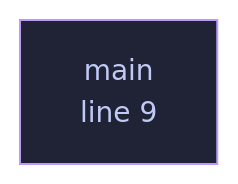
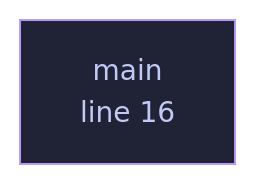
Before and after one commit to tilas01/veilvoice: the diagram in docs/files/veilvoice-update/examples-ask.md, drawn with Mermaid. The commit also changed other lines of this file and 487 other files, not shown here.

````diff
--- a/docs/files/veilvoice-update/examples-ask.md
+++ b/docs/files/veilvoice-update/examples-ask.md
@@ -51,8 +59,8 @@
 ```mermaid
 %%{init: {"theme":"base","themeVariables":{"background":"#1a1b26","primaryColor":"#1f2335","primaryTextColor":"#c0caf5","primaryBorderColor":"#7aa2f7","secondaryColor":"#16161e","tertiaryColor":"#16161e","lineColor":"#737aa2","textColor":"#c0caf5","mainBkg":"#1f2335","nodeBorder":"#7aa2f7","clusterBkg":"#16161e","clusterBorder":"#2f3549","fontFamily":"ui-monospace, SFMono-Regular, Consolas, monospace","fontSize":"14px"}}}%%
 flowchart TD
-    n_main["main<br/>line 9"]
-    click n_main href "https://github.com/tilas01/veilvoice/blob/main/crates/veilvoice-update/examples/ask.rs#L9" "open the source"
+    n_main["main<br/>line 16"]
+    click n_main href "https://github.com/tilas01/veilvoice/blob/main/crates/veilvoice-update/examples/ask.rs#L16" "open the source"
     classDef helper fill:#1f2335,stroke:#bb9af7,color:#c0caf5
     class n_main helper
 ```
````
